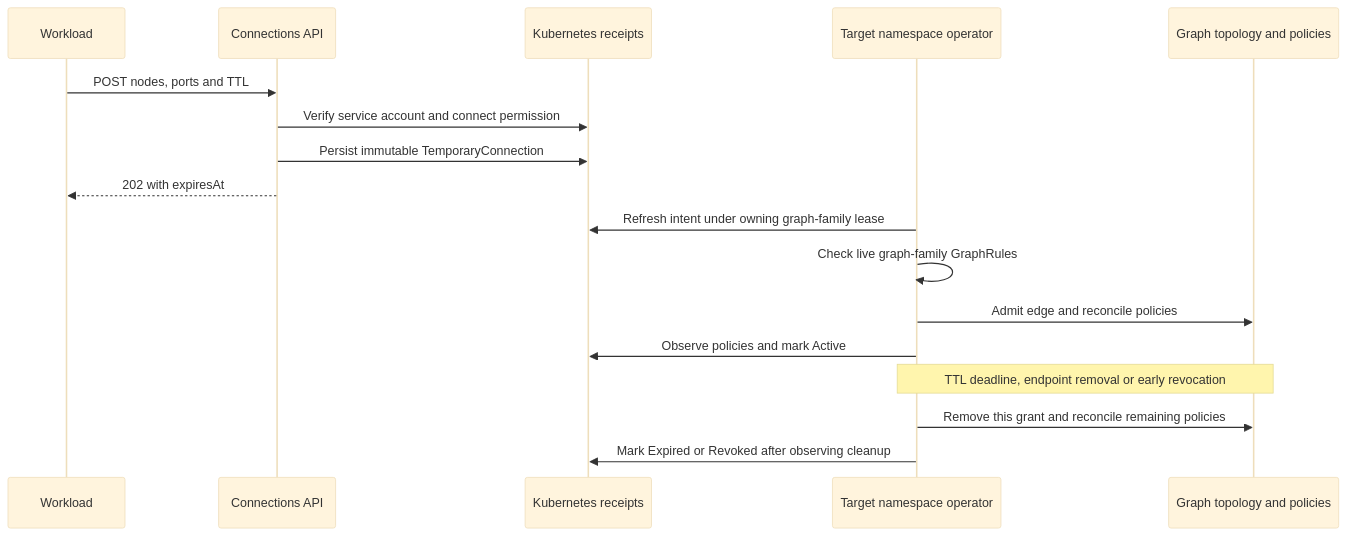
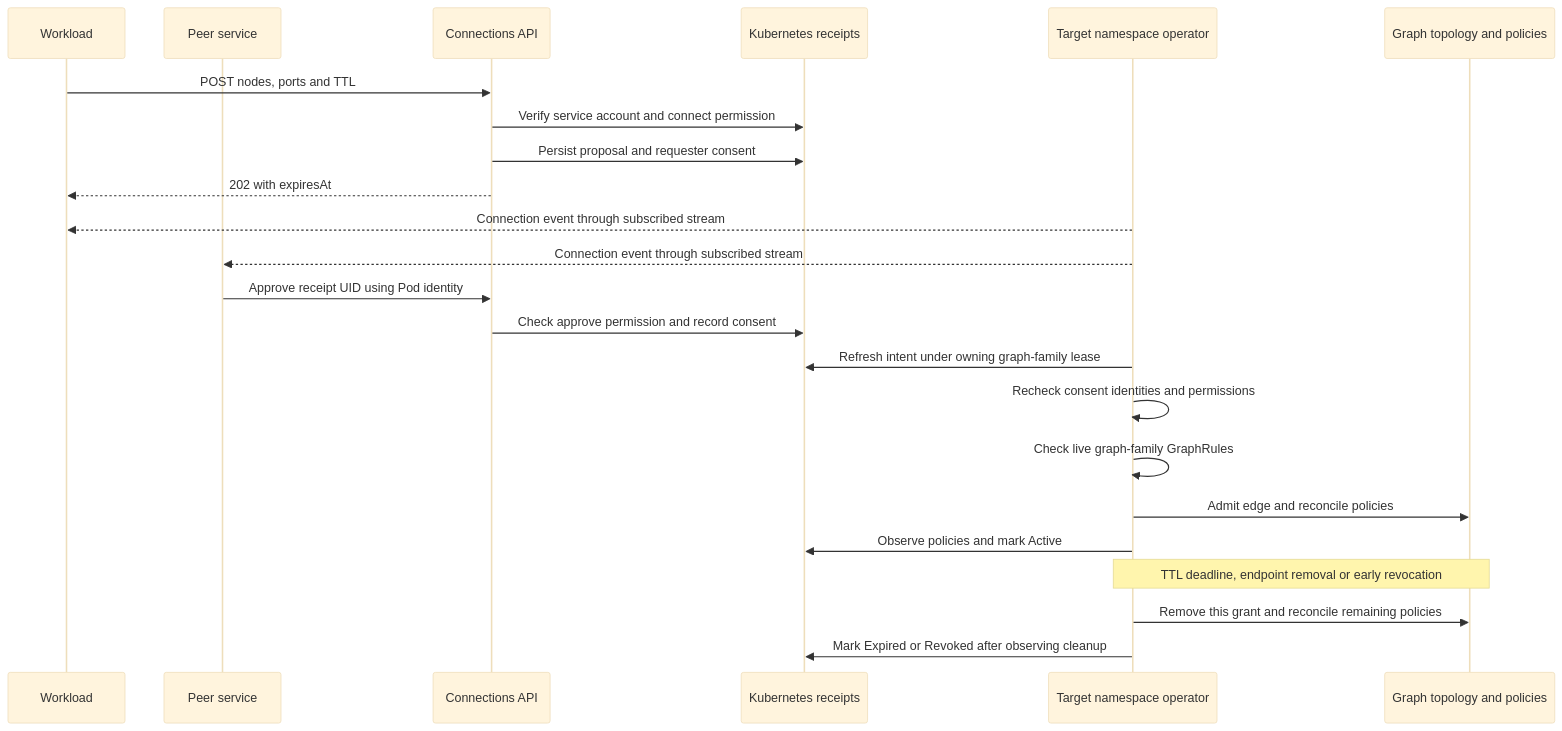
One commit to astrivant/polyad changed the diagram in docs/apis/temporary-connections.md. Above: the diagram before and after it, drawn with Mermaid (base theme). The commit also changed other lines of this file and 175 other files, not shown here.

````diff
--- a/docs/apis/temporary-connections.md
+++ b/docs/apis/temporary-connections.md
@@ -245,19 +370,25 @@
 ```mermaid
 sequenceDiagram
     participant W as Workload
+    participant S as Peer service
     participant A as Connections API
     participant K as Kubernetes receipts
     participant O as Target namespace operator
     participant N as Graph topology and policies
     W->>A: POST nodes, ports and TTL
     A->>K: Verify service account and connect permission
-    A->>K: Persist immutable TemporaryConnection
+    A->>K: Persist proposal and requester consent
     A-->>W: 202 with expiresAt
+    O-->>W: Connection event through subscribed stream
+    O-->>S: Connection event through subscribed stream
+    S->>A: Approve receipt UID using Pod identity
+    A->>K: Check approve permission and record consent
     O->>K: Refresh intent under owning graph-family lease
+    O->>O: Recheck consent identities and permissions
     O->>O: Check live graph-family GraphRules
     O->>N: Admit edge and reconcile policies
     O->>K: Observe policies and mark Active
     Note over O,N: TTL deadline, endpoint removal or early revocation
     O->>N: Remove this grant and reconcile remaining policies
     O->>K: Mark Expired or Revoked after observing cleanup
 ```
````
